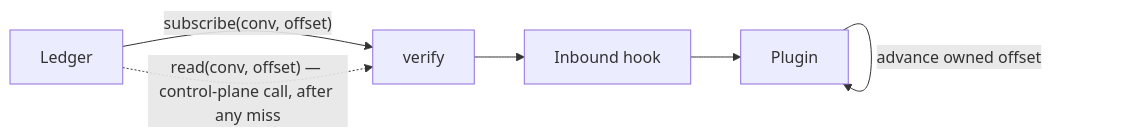
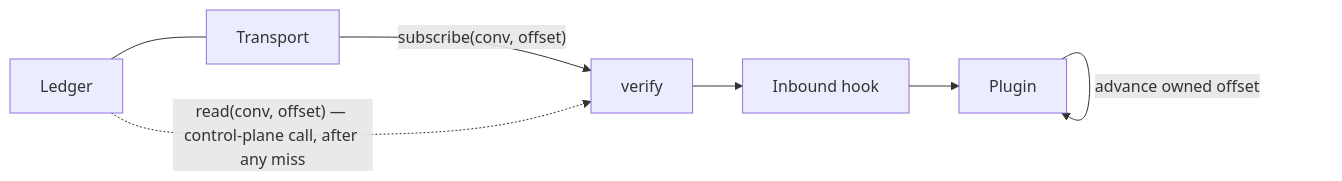
One commit to chughtapan/moltzap changed the second of 3 diagrams in docs/spec/layer-interfaces.md. Above: the diagram before and after it, drawn with Mermaid. The commit also changed other lines of this file and 5 other files, not shown here.

````diff
--- a/docs/spec/layer-interfaces.md
+++ b/docs/spec/layer-interfaces.md
@@ -324,6 +328,7 @@
 ```mermaid
 flowchart LR
-  L[Ledger] -- "subscribe(conv, offset)" --> V[verify] --> IH[Inbound hook] --> A[Plugin]
-  L -. "read(conv, offset) — control-plane call, after any miss" .-> V
+  T[Transport] -- "subscribe(conv, offset)" --> V[verify] --> IH[Inbound hook] --> A[Plugin]
+  L[Ledger] -. "read(conv, offset) — control-plane call, after any miss" .-> V
+  L --- T
   A -- "advance owned offset" --> A
 ```
````
